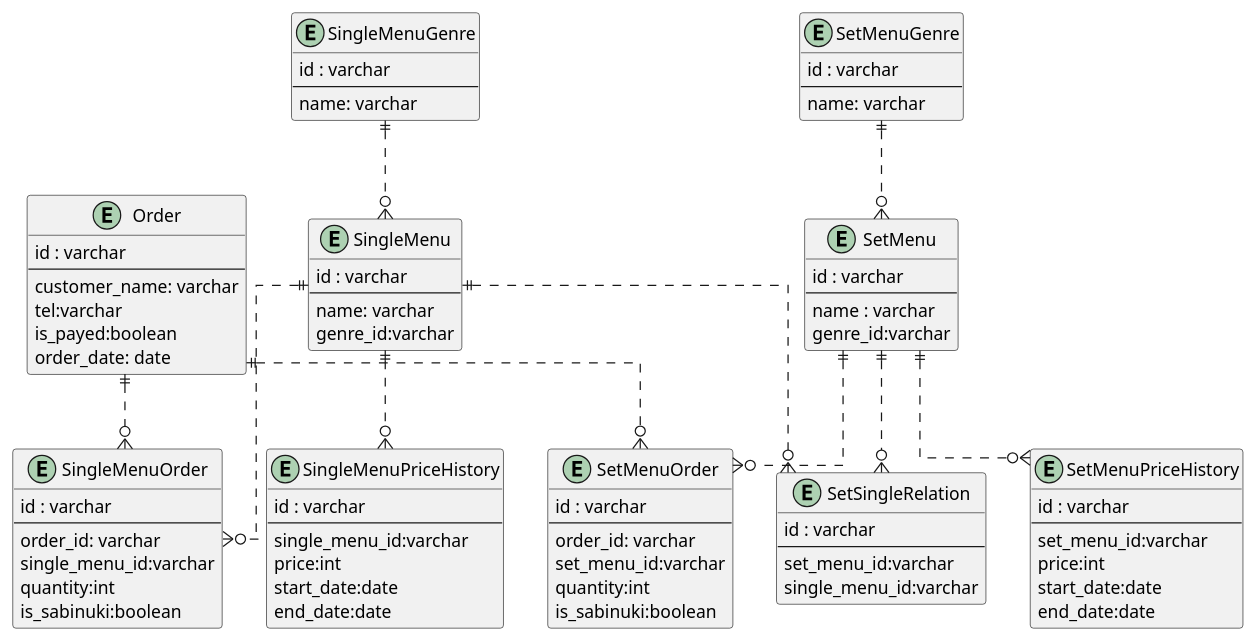
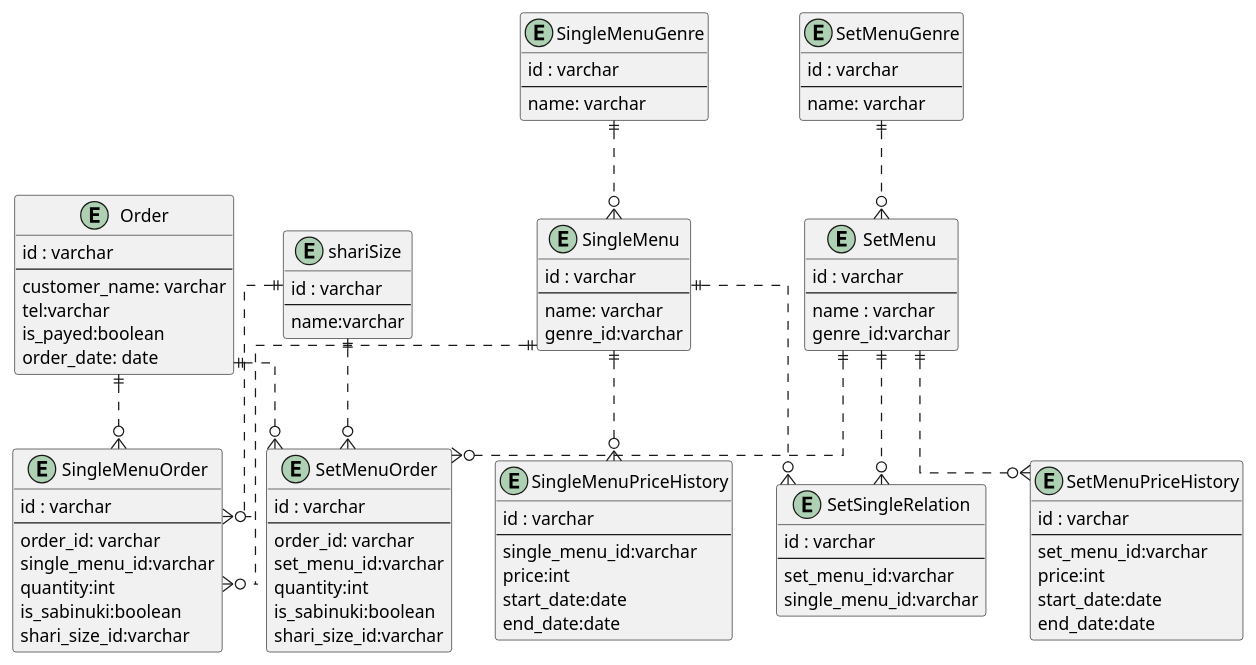
One commit to kai815/PrAhaChallenge changed the diagram in db/modeling/one/answer.pu. Above: the diagram before and after it, drawn with PlantUML. The commit also changed 2 other files, not shown here.

```diff
--- a/db/modeling/one/answer.pu
+++ b/db/modeling/one/answer.pu
@@ -1,97 +1,106 @@
 @startuml
 
 
 ' avoid problems with angled crows feet
 skinparam linetype ortho
 
 entity "Order" {
   id : varchar
   --
   customer_name: varchar
   tel:varchar
   is_payed:boolean
   order_date: date
 }
 
 entity "SingleMenuOrder" {
   id : varchar
   --
   order_id: varchar
   single_menu_id:varchar
   quantity:int
   is_sabinuki:boolean
+  shari_size_id:varchar
 }
 
 entity "SetMenuOrder" {
   id : varchar
   --
   order_id: varchar
   set_menu_id:varchar
   quantity:int
   is_sabinuki:boolean
+  shari_size_id:varchar
 }
 
 entity "SingleMenu" {
   id : varchar
   --
   name: varchar
   genre_id:varchar
 }
 
 entity "SingleMenuGenre" {
   id : varchar
   --
   name: varchar
 }
 
 entity "SetMenu" {
   id : varchar
   --
   name : varchar
   genre_id:varchar
 }
 
 entity "SetMenuGenre" {
   id : varchar
   --
   name: varchar
 }
 
 entity "SetSingleRelation" {
   id : varchar
   --
   set_menu_id:varchar
   single_menu_id:varchar
 }
 
 entity "SingleMenuPriceHistory" {
   id : varchar
   --
   single_menu_id:varchar
   price:int
   start_date:date
   end_date:date
 }
 
 entity "SetMenuPriceHistory" {
   id : varchar
   --
   set_menu_id:varchar
   price:int
   start_date:date
   end_date:date
 }
 
+entity "shariSize" {
+  id : varchar
+  --
+  name:varchar
+}
 
 
 Order ||..o{ SingleMenuOrder
 Order ||..o{ SetMenuOrder
 SingleMenuGenre ||..o{ SingleMenu
 SetMenuGenre ||..o{ SetMenu
 SingleMenu ||..o{ SingleMenuOrder
 SetMenu ||..o{ SetMenuOrder
 SingleMenu ||..o{ SetSingleRelation
 SetMenu ||..o{ SetSingleRelation
 SingleMenu ||..o{ SingleMenuPriceHistory
 SetMenu ||..o{ SetMenuPriceHistory
+shariSize ||..o{ SingleMenuOrder
+shariSize ||..o{ SetMenuOrder
 @enduml
```
